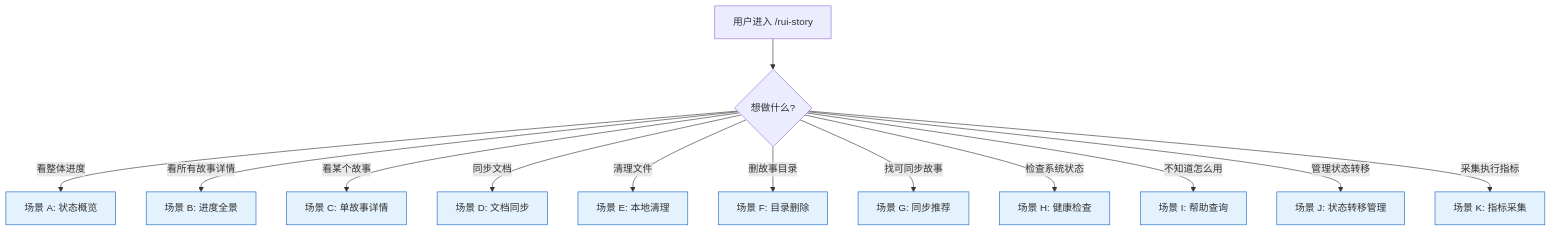
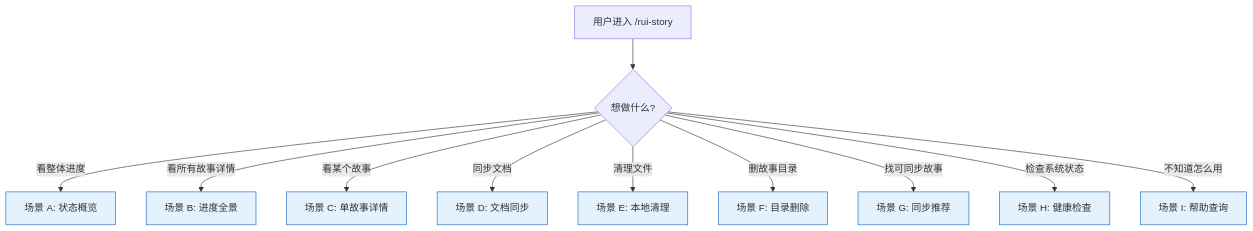
The first of 11 diagrams in docs/故事任务面板/rui-story/YrY-使用场景.md (effiy/YrY), drawn with Mermaid before and after one commit. The commit also changed other lines of this file and 4 other files, not shown here.

````diff
--- a/docs/故事任务面板/rui-story/YrY-使用场景.md
+++ b/docs/故事任务面板/rui-story/YrY-使用场景.md
@@ -31,19 +30,17 @@
 ```mermaid
 flowchart TD
     ENTRY["用户进入 /rui-story"] --> Q1{"想做什么?"}
     Q1 -->|"看整体进度"| S1["场景 A: 状态概览"]
     Q1 -->|"看所有故事详情"| S2["场景 B: 进度全景"]
     Q1 -->|"看某个故事"| S3["场景 C: 单故事详情"]
     Q1 -->|"同步文档"| S4["场景 D: 文档同步"]
     Q1 -->|"清理文件"| S5["场景 E: 本地清理"]
     Q1 -->|"删故事目录"| S6["场景 F: 目录删除"]
     Q1 -->|"找可同步故事"| S7["场景 G: 同步推荐"]
     Q1 -->|"检查系统状态"| S8["场景 H: 健康检查"]
     Q1 -->|"不知道怎么用"| S9["场景 I: 帮助查询"]
-    Q1 -->|"管理状态转移"| S10["场景 J: 状态转移管理"]
-    Q1 -->|"采集执行指标"| S11["场景 K: 指标采集"]
 
     classDef entry fill:#fff3e0,stroke:#e65100;
     classDef scene fill:#e3f2fd,stroke:#1565c0;
-    class S1,S2,S3,S4,S5,S6,S7,S8,S9,S10,S11 scene;
+    class S1,S2,S3,S4,S5,S6,S7,S8,S9 scene;
 ```
````
